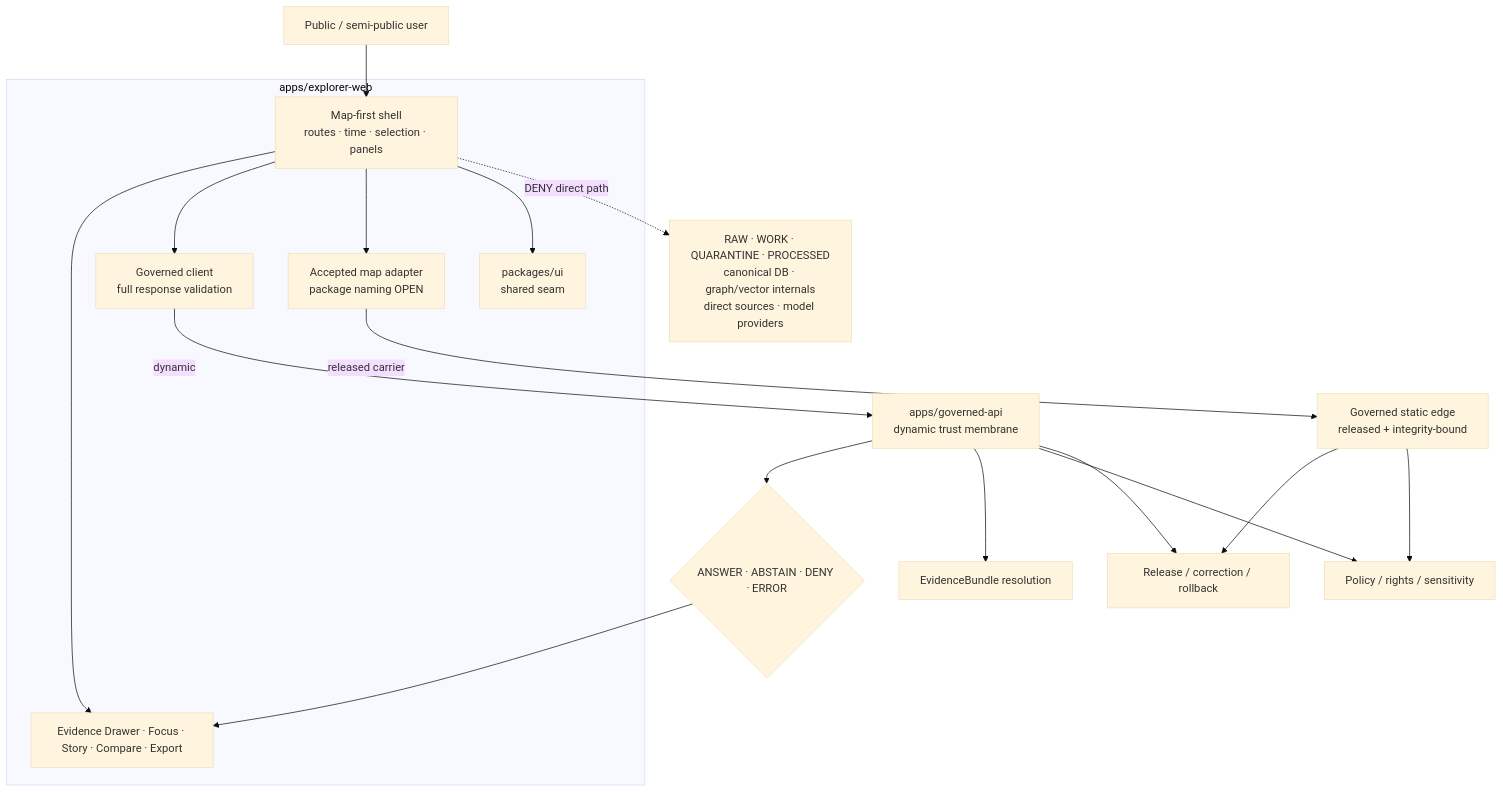
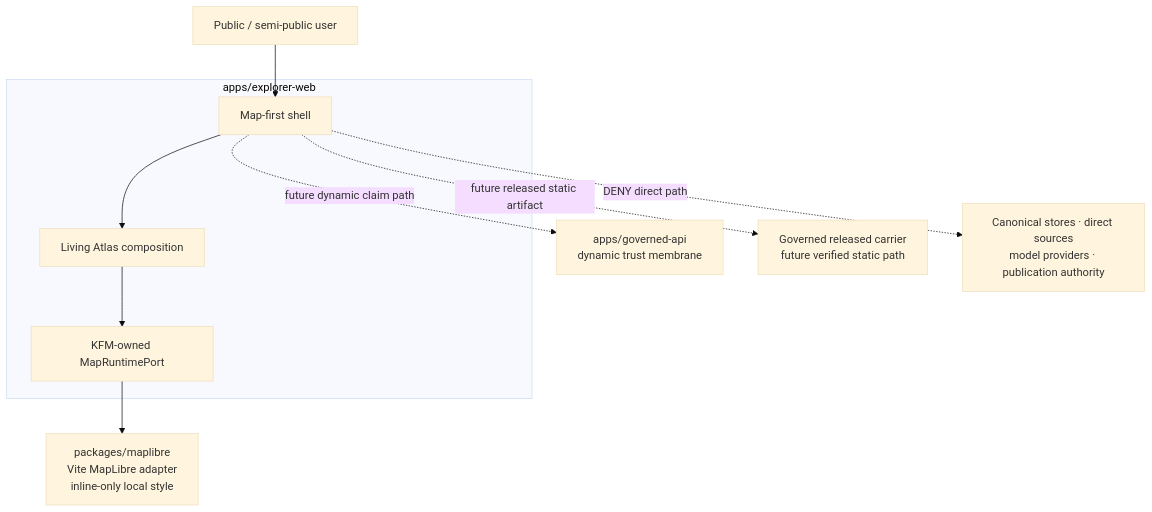
The diagram in docs/adr/ADR-0005-apps-explorer-web-is-the-canonical-map-first-shell.md (bartytime4life/Kansas-Frontier-Matrix), drawn with Mermaid (base theme) before and after one commit. The commit also changed other lines of this file, not shown here.

Commit message:
docs(adr): refresh ADR-0005 Explorer evidence

````diff
--- a/docs/adr/ADR-0005-apps-explorer-web-is-the-canonical-map-first-shell.md
+++ b/docs/adr/ADR-0005-apps-explorer-web-is-the-canonical-map-first-shell.md
@@ -259,33 +263,19 @@
 ```mermaid
 flowchart TB
     USER["Public / semi-public user"]
-    subgraph BROWSER["apps/explorer-web"]
-      SHELL["Map-first shell<br/>routes · time · selection · panels"]
-      VIEW["Evidence Drawer · Focus · Story · Compare · Export"]
-      CLIENT["Governed client<br/>full response validation"]
-      ADAPTER["Accepted map adapter<br/>package naming OPEN"]
-      UI["packages/ui<br/>shared seam"]
-      SHELL --> VIEW
-      SHELL --> CLIENT
-      SHELL --> ADAPTER
-      SHELL --> UI
+    subgraph EXPLORER["apps/explorer-web"]
+      SHELL["Map-first shell"]
+      ATLAS["Living Atlas composition"]
+      PORT["KFM-owned MapRuntimePort"]
+      SHELL --> ATLAS --> PORT
     end
+    ADAPTER["packages/maplibre<br/>Vite MapLibre adapter<br/>inline-only local style"]
     API["apps/governed-api<br/>dynamic trust membrane"]
-    STATIC["Governed static edge<br/>released + integrity-bound"]
-    ENVELOPE{"ANSWER · ABSTAIN · DENY · ERROR"}
-    RELEASE["Release / correction / rollback"]
-    EVIDENCE["EvidenceBundle resolution"]
-    POLICY["Policy / rights / sensitivity"]
-    FORBIDDEN["RAW · WORK · QUARANTINE · PROCESSED<br/>canonical DB · graph/vector internals<br/>direct sources · model providers"]
+    RELEASE["Governed released carrier<br/>future verified static path"]
+    FORBIDDEN["Canonical stores · direct sources<br/>model providers · publication authority"]
     USER --> SHELL
-    CLIENT -->|dynamic| API
-    ADAPTER -->|released carrier| STATIC
-    API --> ENVELOPE
-    API --> EVIDENCE
-    API --> POLICY
-    API --> RELEASE
-    STATIC --> RELEASE
-    STATIC --> POLICY
-    ENVELOPE --> VIEW
+    PORT --> ADAPTER
+    SHELL -. "future dynamic claim path" .-> API
+    SHELL -. "future released static artifact" .-> RELEASE
     SHELL -. "DENY direct path" .-> FORBIDDEN
 ```
````
